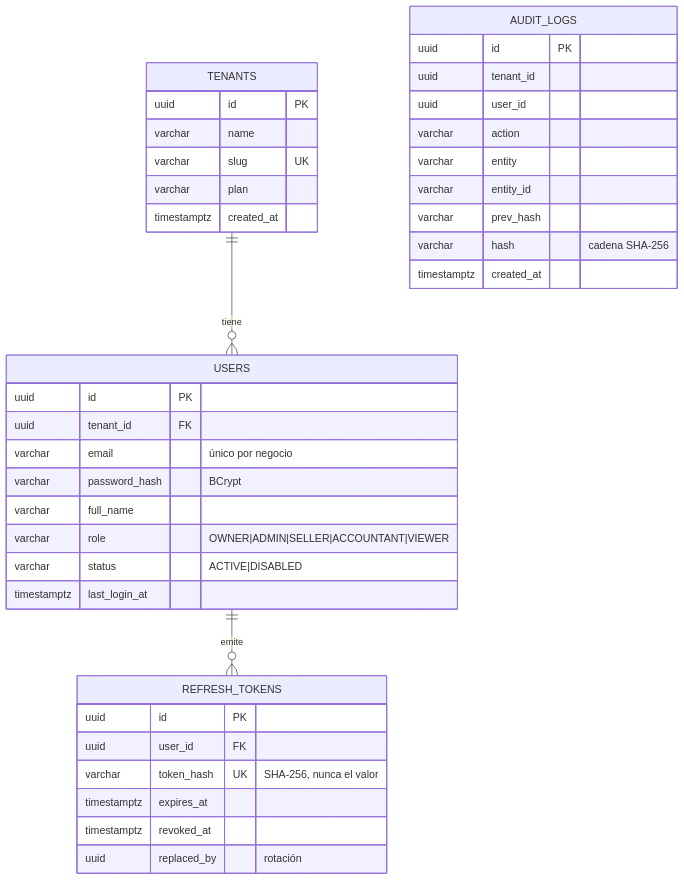
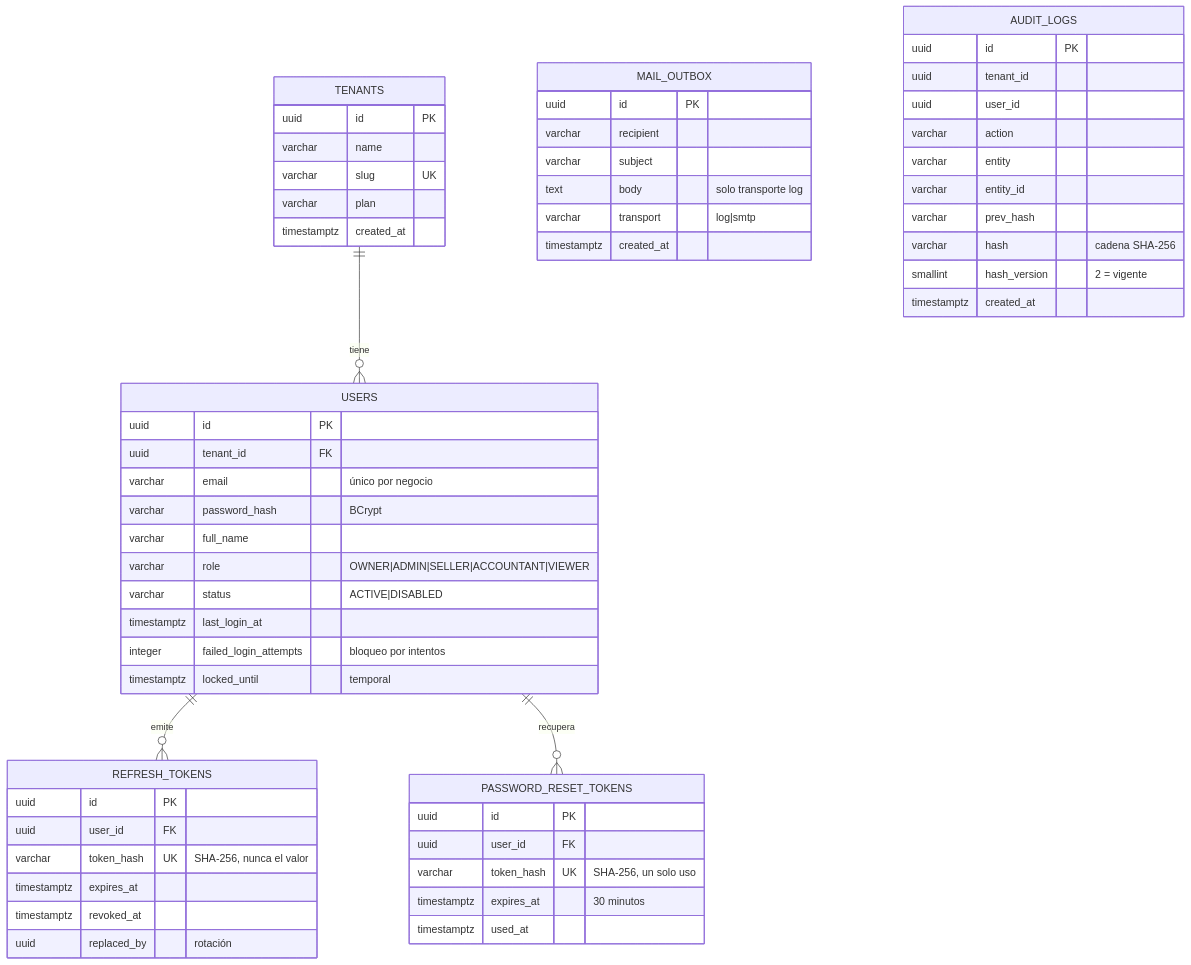
One commit to NFGS/kubo-docs changed the second of 3 diagrams in 02-modelo-datos.md. Above: the diagram before and after it, drawn with Mermaid. The commit also changed other lines of this file and 17 other files, not shown here.

````diff
--- a/02-modelo-datos.md
+++ b/02-modelo-datos.md
@@ -48,42 +53,61 @@
 ```mermaid
 erDiagram
   TENANTS ||--o{ USERS : "tiene"
   USERS ||--o{ REFRESH_TOKENS : "emite"
+  USERS ||--o{ PASSWORD_RESET_TOKENS : "recupera"
 
   TENANTS {
     uuid id PK
     varchar name
     varchar slug UK
     varchar plan
     timestamptz created_at
   }
   USERS {
     uuid id PK
     uuid tenant_id FK
     varchar email "único por negocio"
     varchar password_hash "BCrypt"
     varchar full_name
     varchar role "OWNER|ADMIN|SELLER|ACCOUNTANT|VIEWER"
     varchar status "ACTIVE|DISABLED"
     timestamptz last_login_at
+    integer failed_login_attempts "bloqueo por intentos"
+    timestamptz locked_until "temporal"
   }
   REFRESH_TOKENS {
     uuid id PK
     uuid user_id FK
     varchar token_hash UK "SHA-256, nunca el valor"
     timestamptz expires_at
     timestamptz revoked_at
     uuid replaced_by "rotación"
+  }
+  PASSWORD_RESET_TOKENS {
+    uuid id PK
+    uuid user_id FK
+    varchar token_hash UK "SHA-256, un solo uso"
+    timestamptz expires_at "30 minutos"
+    timestamptz used_at
+  }
+  MAIL_OUTBOX {
+    uuid id PK
+    varchar recipient
+    varchar subject
+    text body "solo transporte log"
+    varchar transport "log|smtp"
+    timestamptz created_at
   }
   AUDIT_LOGS {
     uuid id PK
     uuid tenant_id
     uuid user_id
     varchar action
     varchar entity
     varchar entity_id
     varchar prev_hash
     varchar hash "cadena SHA-256"
+    smallint hash_version "2 = vigente"
     timestamptz created_at
   }
 ```
````
